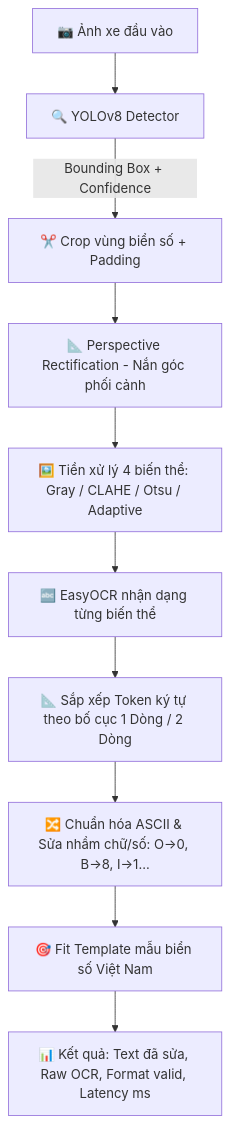
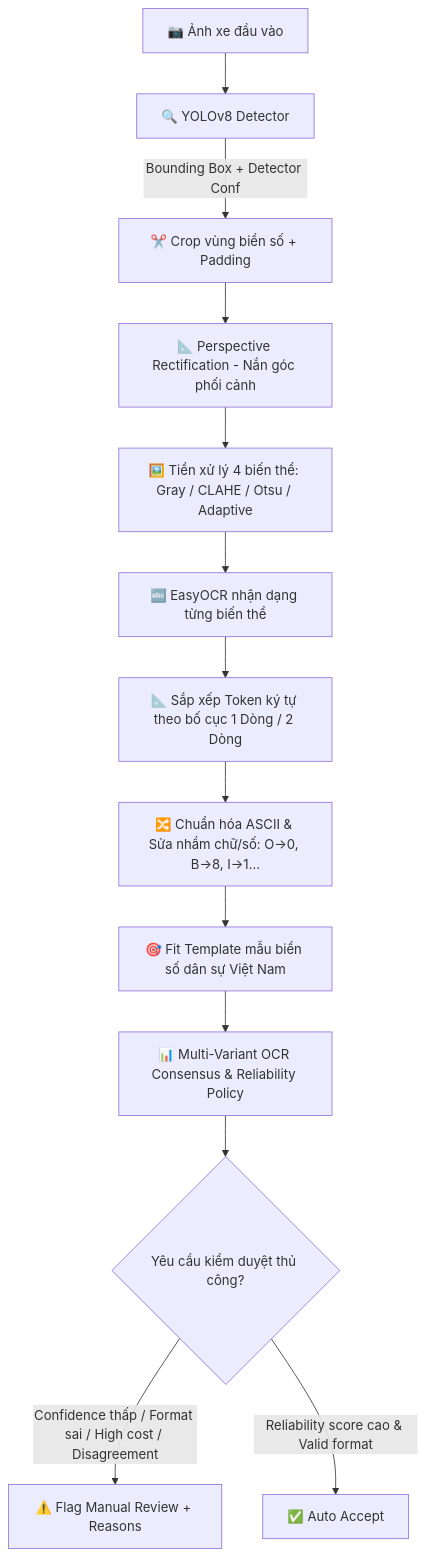
The diagram in README.md (haminhthong/vietnamese-license-plate-recognition), drawn with Mermaid before and after one commit. The commit also changed other lines of this file and 13 other files, not shown here.

````diff
--- a/README.md
+++ b/README.md
@@ -78,12 +62,15 @@
 ```mermaid
 flowchart TD
     A[📷 Ảnh xe đầu vào] --> B[🔍 YOLOv8 Detector]
-    B -->|Bounding Box + Confidence| C[✂️ Crop vùng biển số + Padding]
+    B -->|Bounding Box + Detector Conf| C[✂️ Crop vùng biển số + Padding]
     C --> D[📐 Perspective Rectification - Nắn góc phối cảnh]
     D --> E[🖼️ Tiền xử lý 4 biến thể: Gray / CLAHE / Otsu / Adaptive]
     E --> F[🔤 EasyOCR nhận dạng từng biến thể]
     F --> G[📐 Sắp xếp Token ký tự theo bố cục 1 Dòng / 2 Dòng]
     G --> H[🔀 Chuẩn hóa ASCII & Sửa nhầm chữ/số: O->0, B->8, I->1...]
-    H --> I[🎯 Fit Template mẫu biển số Việt Nam]
-    I --> J[📊 Kết quả: Text đã sửa, Raw OCR, Format valid, Latency ms]
+    H --> I[🎯 Fit Template mẫu biển số dân sự Việt Nam]
+    I --> J[📊 Multi-Variant OCR Consensus & Reliability Policy]
+    J --> K{Yêu cầu kiểm duyệt thủ công?}
+    K -->|Confidence thấp / Format sai / High cost / Disagreement| L[⚠️ Flag Manual Review + Reasons]
+    K -->|Reliability score cao & Valid format| M[✅ Auto Accept]
 ```
````
